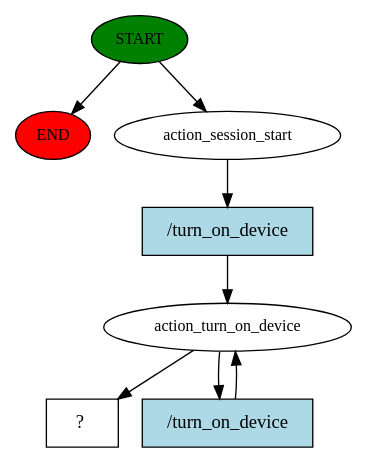
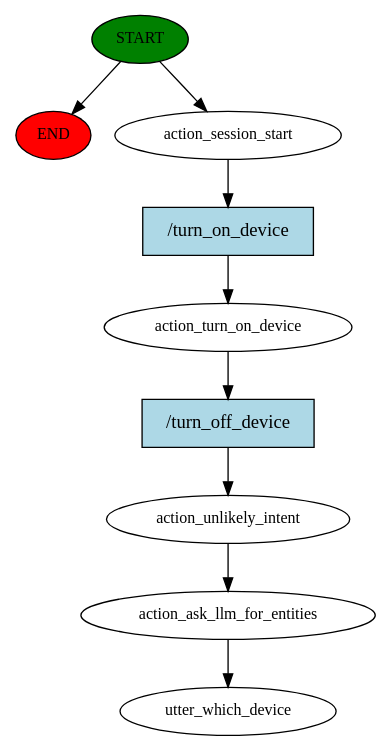
One commit to hossamhasanin/MrMoonSmartHome changed the diagram in story_graph.dot. Above: the diagram before and after it, drawn with Graphviz. The commit also changed 8 other files, not shown here.

Commit message:
improved turn on and off stories

```diff
--- a/story_graph.dot
+++ b/story_graph.dot
@@ -1,16 +1,19 @@
 digraph  {
 0 [class="start active", fillcolor=green, fontsize=12, label=START, style=filled];
 "-1" [class=end, fillcolor=red, fontsize=12, label=END, style=filled];
 1 [class=active, fontsize=12, label=action_session_start];
 2 [class=active, fontsize=12, label=action_turn_on_device];
-4 [class="intent dashed active", label="  ?  ", shape=rect];
-5 [class="intent active", fillcolor=lightblue, label="/turn_on_device", shape=rect, style=filled];
+3 [class=active, fontsize=12, label=action_unlikely_intent];
+4 [class=active, fontsize=12, label=action_ask_llm_for_entities];
+5 [class="dashed active", fontsize=12, label=utter_which_device];
 6 [class="intent active", fillcolor=lightblue, label="/turn_on_device", shape=rect, style=filled];
+7 [class="intent active", fillcolor=lightblue, label="/turn_off_device", shape=rect, style=filled];
 0 -> "-1"  [class="", key=NONE, label=""];
 0 -> 1  [class=active, key=NONE, label=""];
-1 -> 5  [class=active, key=0];
-2 -> 4  [class=active, key=NONE, label=""];
-2 -> 6  [class=active, key=0];
-5 -> 2  [class=active, key=0];
+1 -> 6  [class=active, key=0];
+2 -> 7  [class=active, key=0];
+3 -> 4  [class=active, key=NONE, label=""];
+4 -> 5  [class=active, key=NONE, label=""];
 6 -> 2  [class=active, key=0];
+7 -> 3  [class=active, key=0];
 }
```
